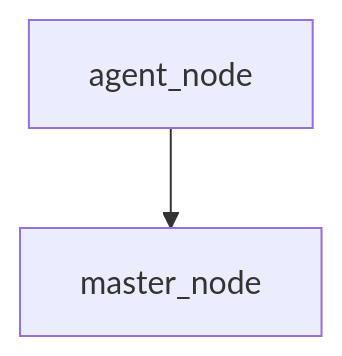
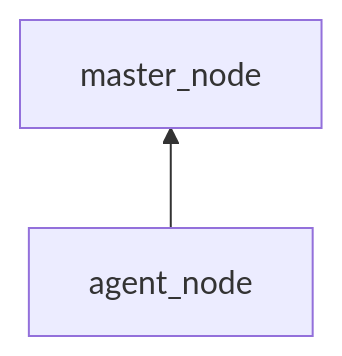
The second of 2 diagrams in README.md (brendankane04/grafana-for-embedded), drawn with Mermaid before and after one commit. The commit also changed other lines of this file, not shown here.

````diff
--- a/README.md
+++ b/README.md
@@ -88,4 +88,4 @@
 ```mermaid
-graph TD;
+graph BT;
       agent_node-->master_node;
 ```
````
